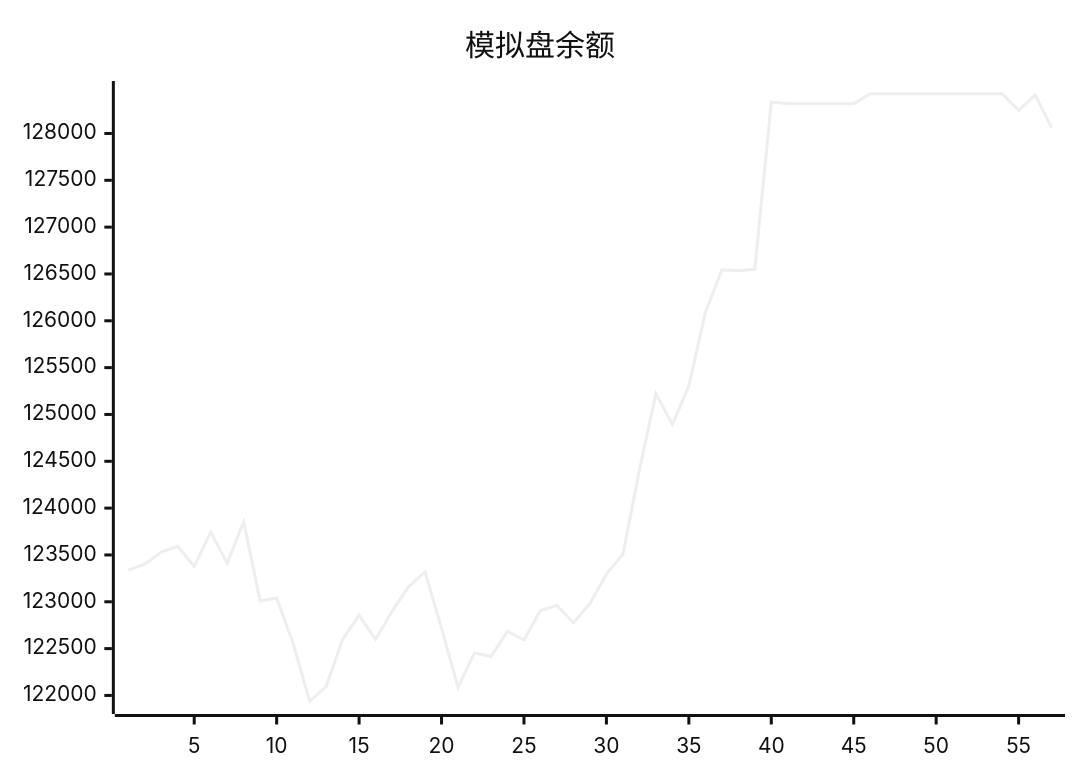
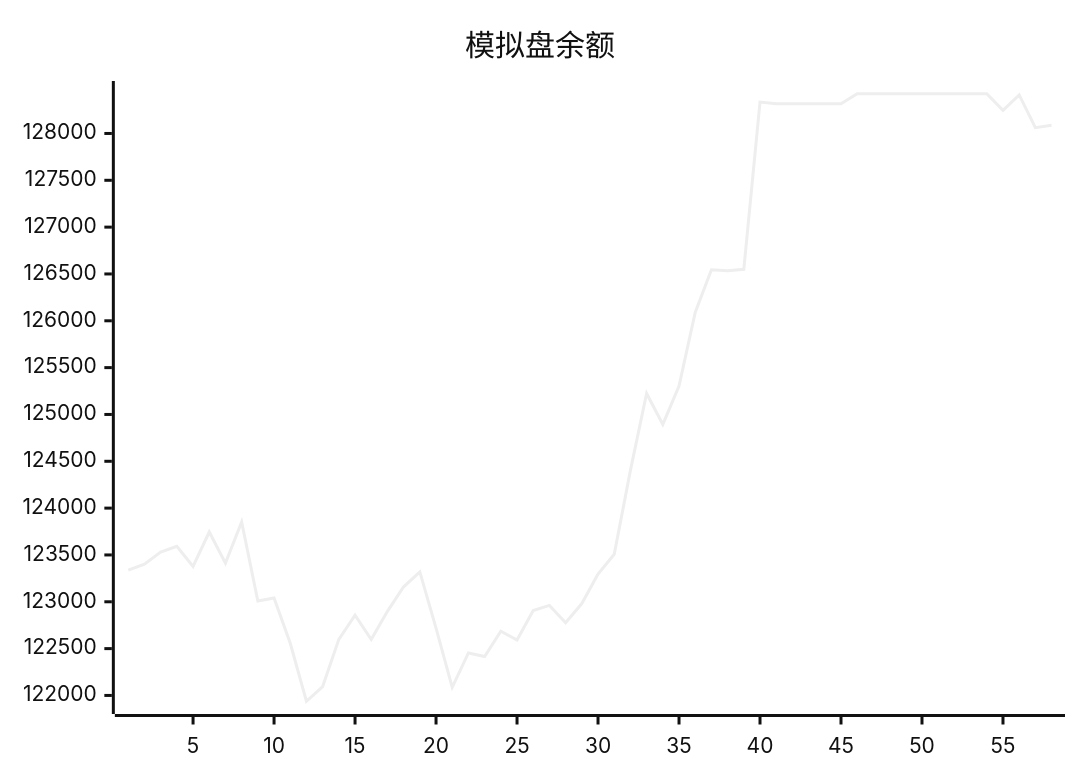
One commit to aahl/mcp-aktools changed the diagram in trading/README.md. Above: the diagram before and after it, drawn with Mermaid (neutral theme). The commit also changed other lines of this file and 1 other file, not shown here.

````diff
--- a/trading/README.md
+++ b/trading/README.md
@@ -3,5 +3,5 @@
 ```mermaid
 xychart
     title "模拟盘余额"
-    line [123338,123402,123530,123592,123378,123745,123413,123853,123009,123040,122557,121938,122095,122599,122856,122597,122898,123160,123319,122719,122087,122454,122416,122685,122592,122907,122961,122776,122981,123295,123507,124403,125224,124894,125303,126088,126544,126534,126549,128335,128318,128318,128318,128318,128318,128424,128424,128424,128424,128424,128424,128424,128424,128424,128247,128412,128062]
+    line [123338,123402,123530,123592,123378,123745,123413,123853,123009,123040,122557,121938,122095,122599,122856,122597,122898,123160,123319,122719,122087,122454,122416,122685,122592,122907,122961,122776,122981,123295,123507,124403,125224,124894,125303,126088,126544,126534,126549,128335,128318,128318,128318,128318,128318,128424,128424,128424,128424,128424,128424,128424,128424,128424,128247,128412,128062,128087]
 ```
````
